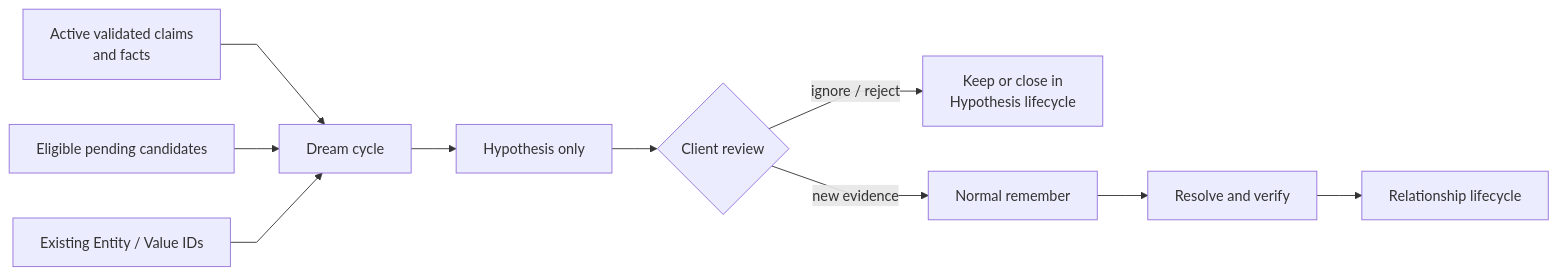
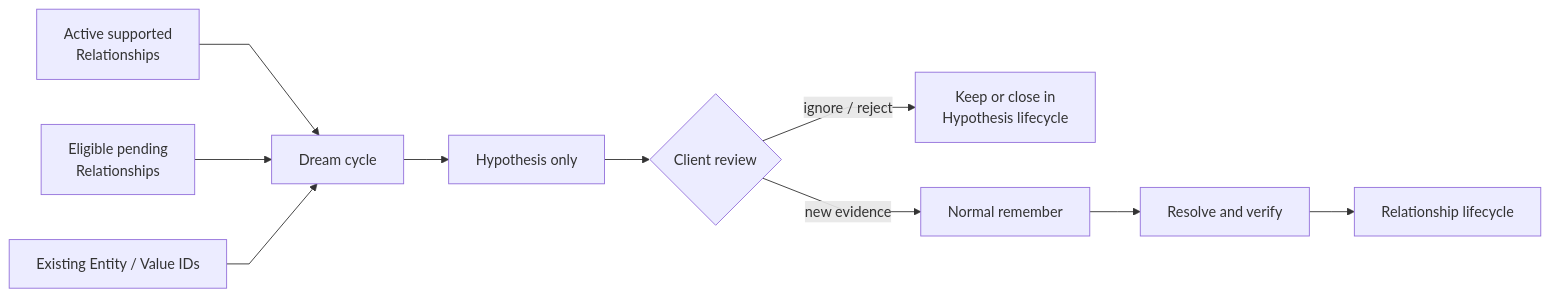
The first of 3 diagrams in Dreaming.md (markhuangai/dense-mem), drawn with Mermaid before and after one commit. The commit also changed other lines of this file and 27 other files, not shown here.

Commit message:
Document tier-free Relationship architecture

````diff
--- a/Dreaming.md
+++ b/Dreaming.md
@@ -11,13 +12,13 @@
 ```mermaid
 %%{init: {"flowchart": {"curve": "linear"}}}%%
 flowchart LR
-  Active["Active validated claims<br/>and facts"] --> Cycle["Dream cycle"]
-  Candidate["Eligible pending candidates"] --> Cycle
+  Active["Active supported<br/>Relationships"] --> Cycle["Dream cycle"]
+  Pending["Eligible pending<br/>Relationships"] --> Cycle
   Nodes["Existing Entity / Value IDs"] --> Cycle
   Cycle --> Hypothesis["Hypothesis only"]
   Hypothesis --> Review{"Client review"}
   Review -- ignore / reject --> Isolated["Keep or close in<br/>Hypothesis lifecycle"]
   Review -- new evidence --> Remember["Normal remember"]
   Remember --> Verify["Resolve and verify"]
   Verify --> Relationship["Relationship lifecycle"]
 ```
````
